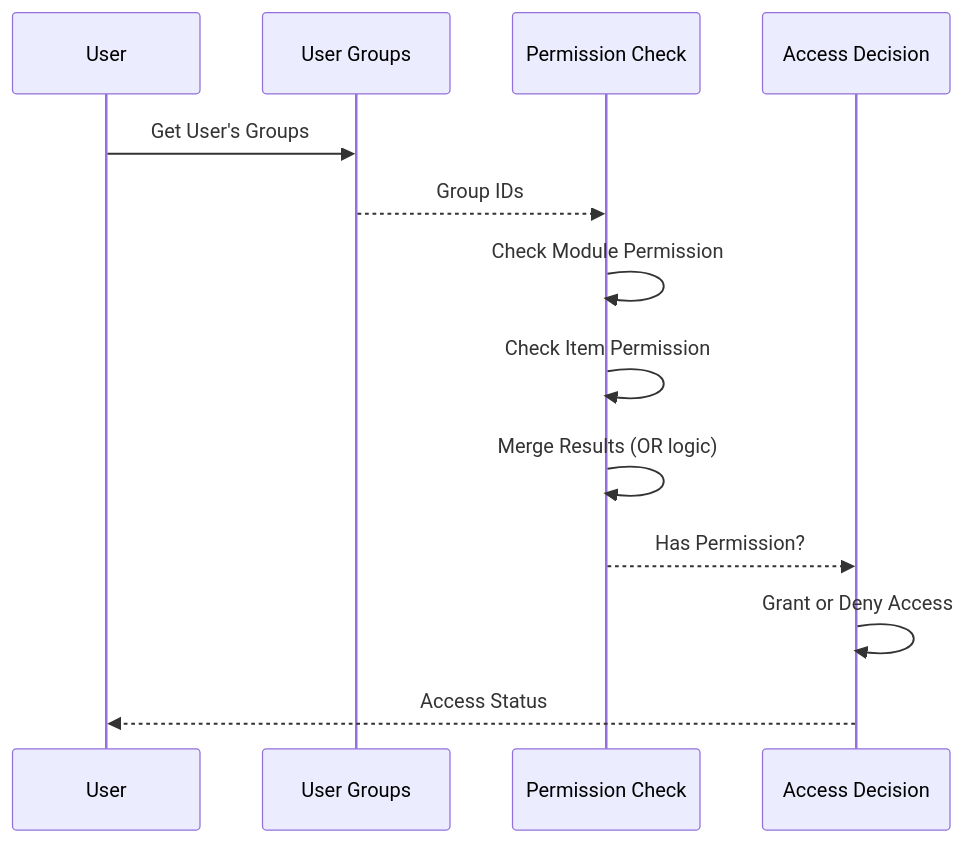
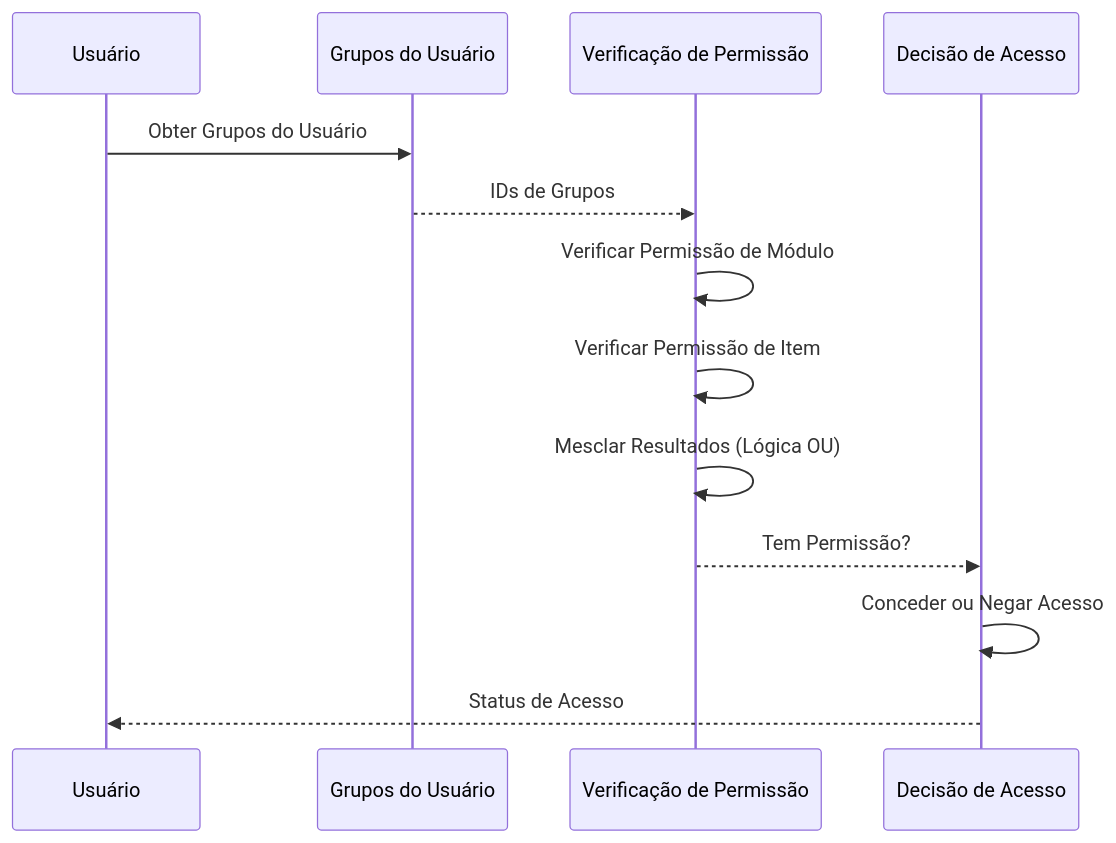
One commit to mambax7/xoops-docs changed the second of 2 diagrams in apps/docs-27/src/content/docs/pt/core-concepts/users/permissions.md. Above: the diagram before and after it, drawn with Mermaid. The commit also changed other lines of this file and 162 other files, not shown here.

````diff
--- a/apps/docs-27/src/content/docs/pt/core-concepts/users/permissions.md
+++ b/apps/docs-27/src/content/docs/pt/core-concepts/users/permissions.md
@@ -162,16 +162,16 @@
 ```mermaid
 sequenceDiagram
-    participant User as User
-    participant Groups as User Groups
-    participant Perms as Permission Check
-    participant Result as Access Decision
+    participant User as Usuário
+    participant Groups as Grupos do Usuário
+    participant Perms as Verificação de Permissão
+    participant Result as Decisão de Acesso
 
-    User->>Groups: Get User's Groups
-    Groups-->>Perms: Group IDs
-    Perms->>Perms: Check Module Permission
-    Perms->>Perms: Check Item Permission
-    Perms->>Perms: Merge Results (OR logic)
-    Perms-->>Result: Has Permission?
-    Result->>Result: Grant or Deny Access
-    Result-->>User: Access Status
+    User->>Groups: Obter Grupos do Usuário
+    Groups-->>Perms: IDs de Grupos
+    Perms->>Perms: Verificar Permissão de Módulo
+    Perms->>Perms: Verificar Permissão de Item
+    Perms->>Perms: Mesclar Resultados (Lógica OU)
+    Perms-->>Result: Tem Permissão?
+    Result->>Result: Conceder ou Negar Acesso
+    Result-->>User: Status de Acesso
 ```
````
